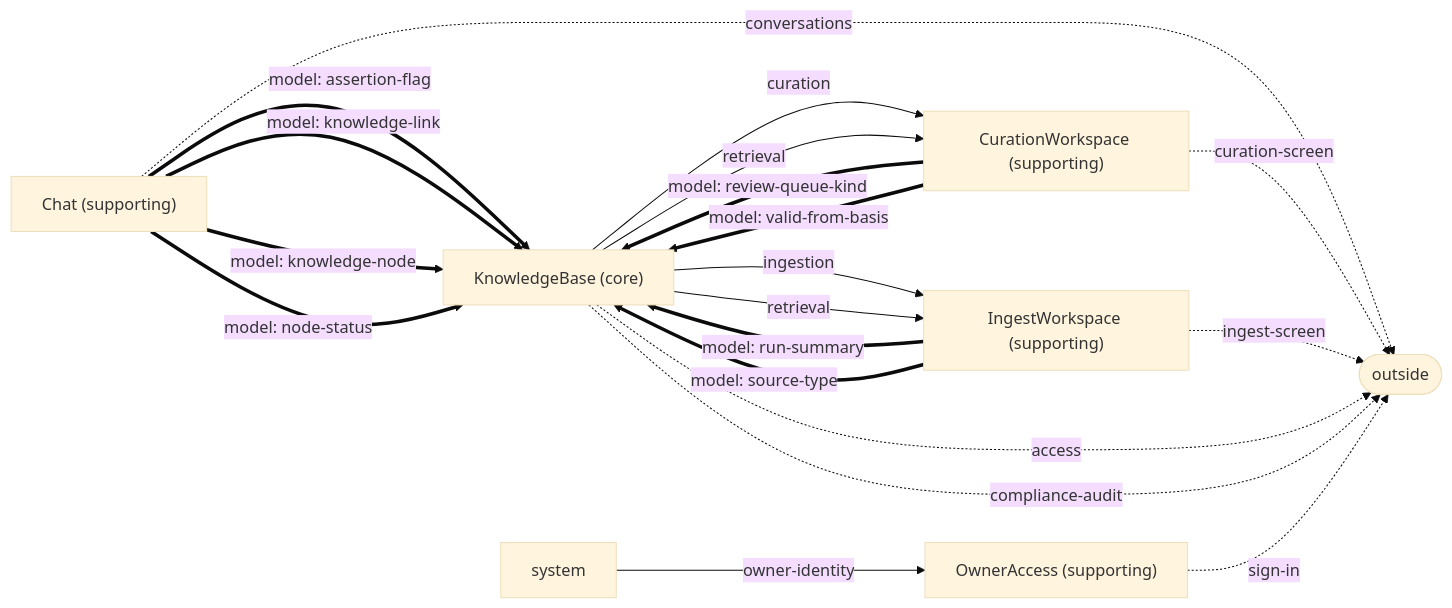
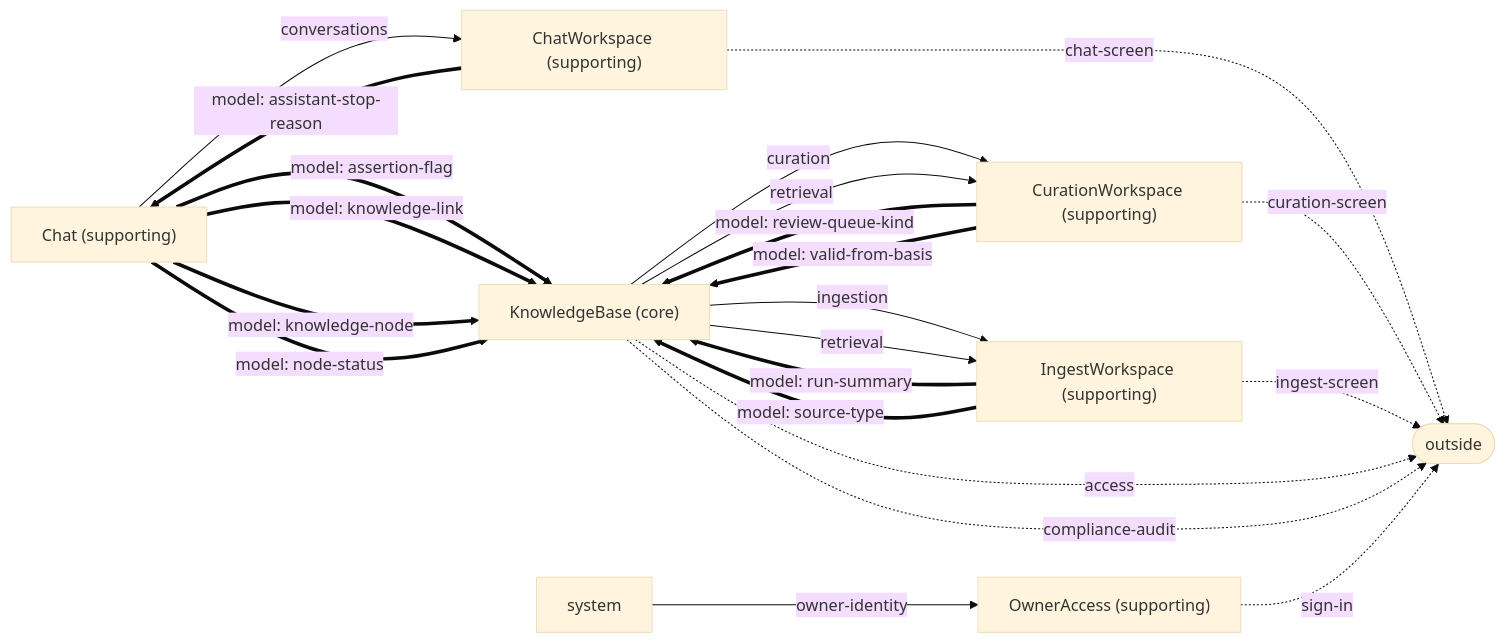
The diagram in specification/projections/context-map.mmd (zig999/remember), drawn with Mermaid (base theme) before and after one commit. The commit also changed 147 other files, not shown here.

First line of the commit message:
analyse(adopt-fe-chat): chat-workspace context, 264 fact lines (250 in nodes, 14 outside)

```diff
--- a/specification/projections/context-map.mmd
+++ b/specification/projections/context-map.mmd
@@ -1,33 +1,40 @@
 flowchart LR
     chat["Chat (supporting)"]
+    chat_workspace["ChatWorkspace (supporting)"]
     curation_workspace["CurationWorkspace (supporting)"]
     ingest_workspace["IngestWorkspace (supporting)"]
     knowledge_base["KnowledgeBase (core)"]
     owner_access["OwnerAccess (supporting)"]
+    chat -->|conversations| chat_workspace
     knowledge_base -->|curation| curation_workspace
     knowledge_base -->|retrieval| curation_workspace
     knowledge_base -->|ingestion| ingest_workspace
     knowledge_base -->|retrieval| ingest_workspace
     system -->|owner-identity| owner_access
     chat ==>|model: assertion-flag| knowledge_base
     chat ==>|model: knowledge-link| knowledge_base
     chat ==>|model: knowledge-node| knowledge_base
     chat ==>|model: node-status| knowledge_base
+    chat_workspace ==>|model: assistant-stop-reason| chat
     curation_workspace ==>|model: review-queue-kind| knowledge_base
     curation_workspace ==>|model: valid-from-basis| knowledge_base
     ingest_workspace ==>|model: run-summary| knowledge_base
     ingest_workspace ==>|model: source-type| knowledge_base
     outside(["outside"])
-    chat -.->|conversations| outside
+    chat_workspace -.->|chat-screen| outside
     curation_workspace -.->|curation-screen| outside
     ingest_workspace -.->|ingest-screen| outside
     knowledge_base -.->|access| outside
     knowledge_base -.->|compliance-audit| outside
     owner_access -.->|sign-in| outside
     %% separate ways: chat and curation-workspace share no contract and no model
     %% separate ways: chat and ingest-workspace share no contract and no model
     %% separate ways: chat and owner-access share no contract and no model
+    %% separate ways: chat-workspace and curation-workspace share no contract and no model
+    %% separate ways: chat-workspace and ingest-workspace share no contract and no model
+    %% separate ways: chat-workspace and knowledge-base share no contract and no model
+    %% separate ways: chat-workspace and owner-access share no contract and no model
     %% separate ways: curation-workspace and ingest-workspace share no contract and no model
     %% separate ways: curation-workspace and owner-access share no contract and no model
     %% separate ways: ingest-workspace and owner-access share no contract and no model
     %% separate ways: knowledge-base and owner-access share no contract and no model
```
